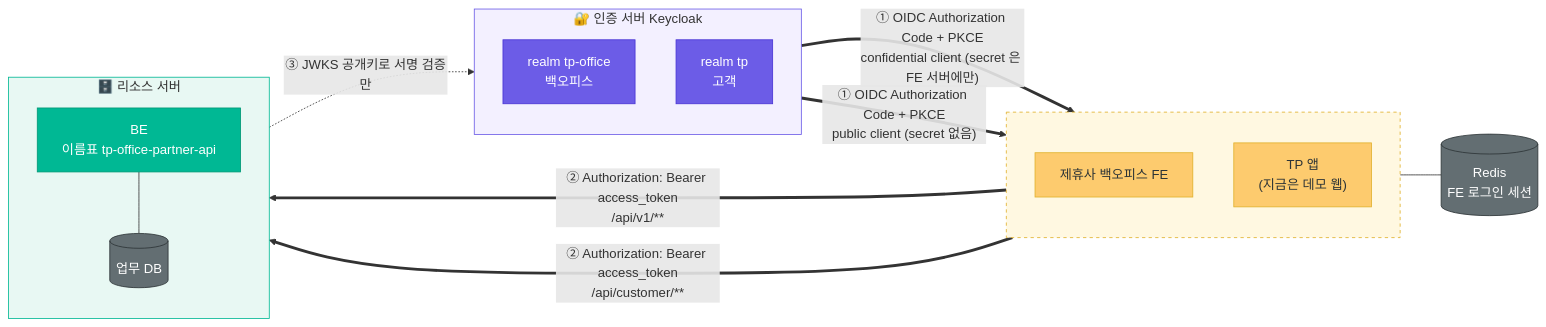
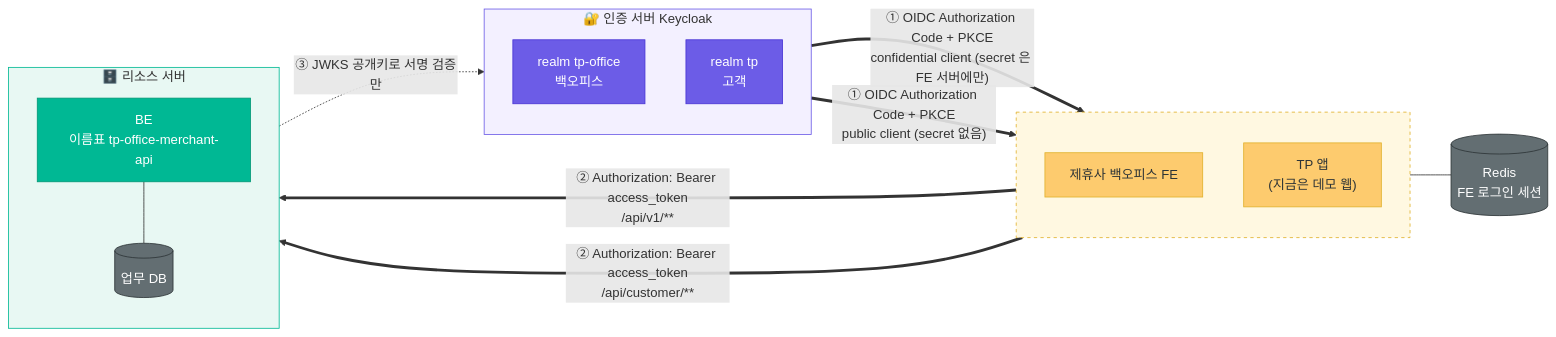
One commit to crosshub-poc-backoffice/travelpass-backoffice-BE changed the first of 4 diagrams in docs/architecture-overview.md. Above: the diagram before and after it, drawn with Mermaid. The commit also changed other lines of this file and 17 other files, not shown here.

````diff
--- a/docs/architecture-overview.md
+++ b/docs/architecture-overview.md
@@ -9,39 +9,39 @@
 ```mermaid
 flowchart LR
   subgraph KC["🔐 인증 서버 Keycloak"]
     direction TB
     R1["realm tp-office<br/>백오피스"]
     R2["realm tp<br/>고객"]
   end
   subgraph C[" "]
     direction TB
     FE["제휴사 백오피스 FE"]
     APP["TP 앱<br/>(지금은 데모 웹)"]
   end
   REDIS[("Redis<br/>FE 로그인 세션")]
   subgraph RS["🗄️ 리소스 서버"]
     direction TB
-    BE["BE<br/>이름표 tp-office-partner-api"]
+    BE["BE<br/>이름표 tp-office-merchant-api"]
     DB[("업무 DB")]
   end
 
   R1 == "① OIDC Authorization Code + PKCE<br/>confidential client (secret 은 FE 서버에만)" ==> FE
   R2 == "① OIDC Authorization Code + PKCE<br/>public client (secret 없음)" ==> APP
   FE == "② Authorization: Bearer access_token<br/>/api/v1/**" ==> BE
   APP == "② Authorization: Bearer access_token<br/>/api/customer/**" ==> BE
   FE --- REDIS
   BE --- DB
   BE -. "③ JWKS 공개키로 서명 검증만" .-> KC
 
   classDef auth fill:#6C5CE7,stroke:#4834d4,color:#fff
   classDef app fill:#FDCB6E,stroke:#e1b12c,color:#2d3436
   classDef rs fill:#00B894,stroke:#019875,color:#fff
   classDef db fill:#636e72,stroke:#2d3436,color:#fff
   class R1,R2 auth
   class FE,APP app
   class BE rs
   class DB,REDIS db
   style C fill:#fff8e1,stroke:#e1b12c,stroke-dasharray:4
   style KC fill:#f3f0ff,stroke:#6C5CE7
   style RS fill:#e8f8f3,stroke:#00B894
 ```
````
